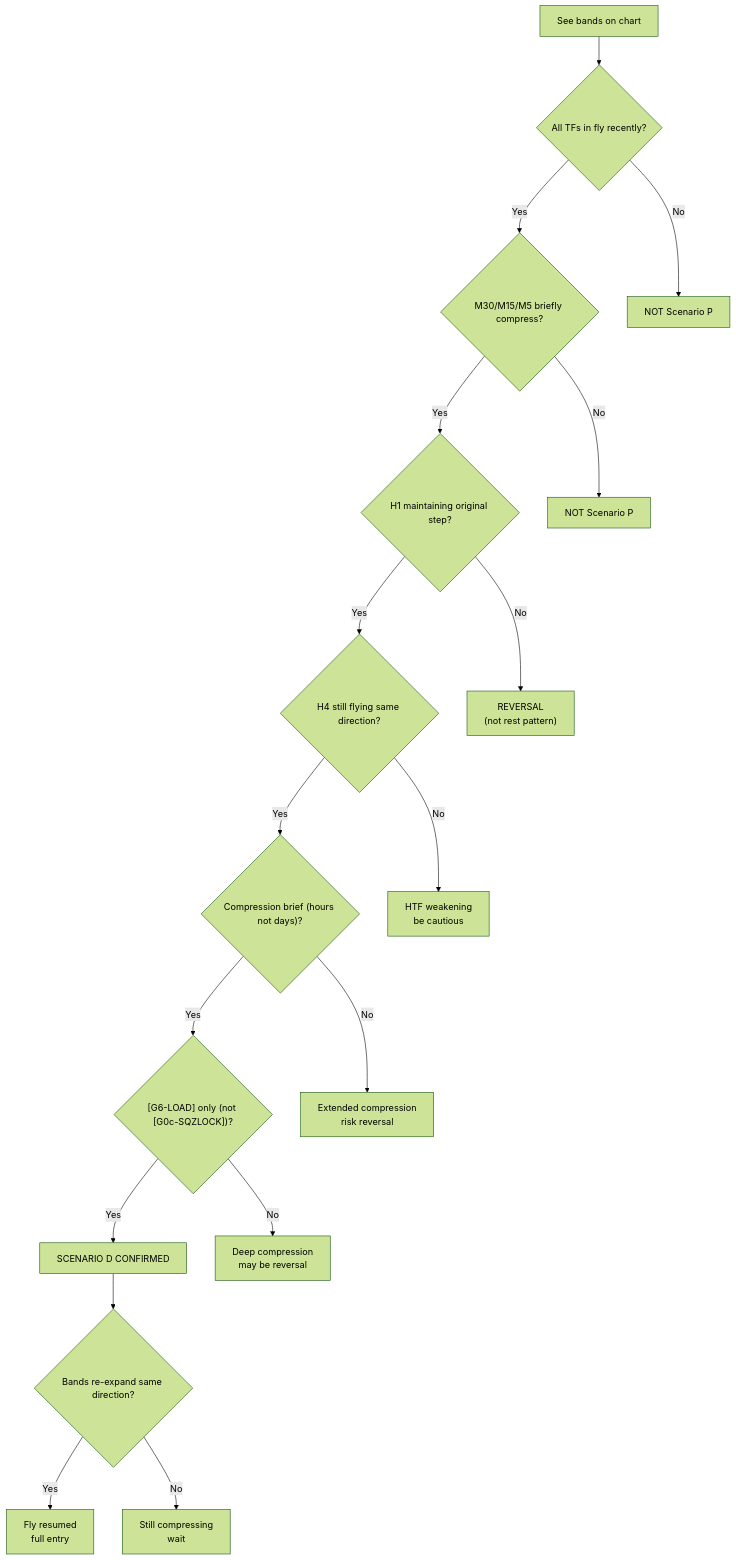
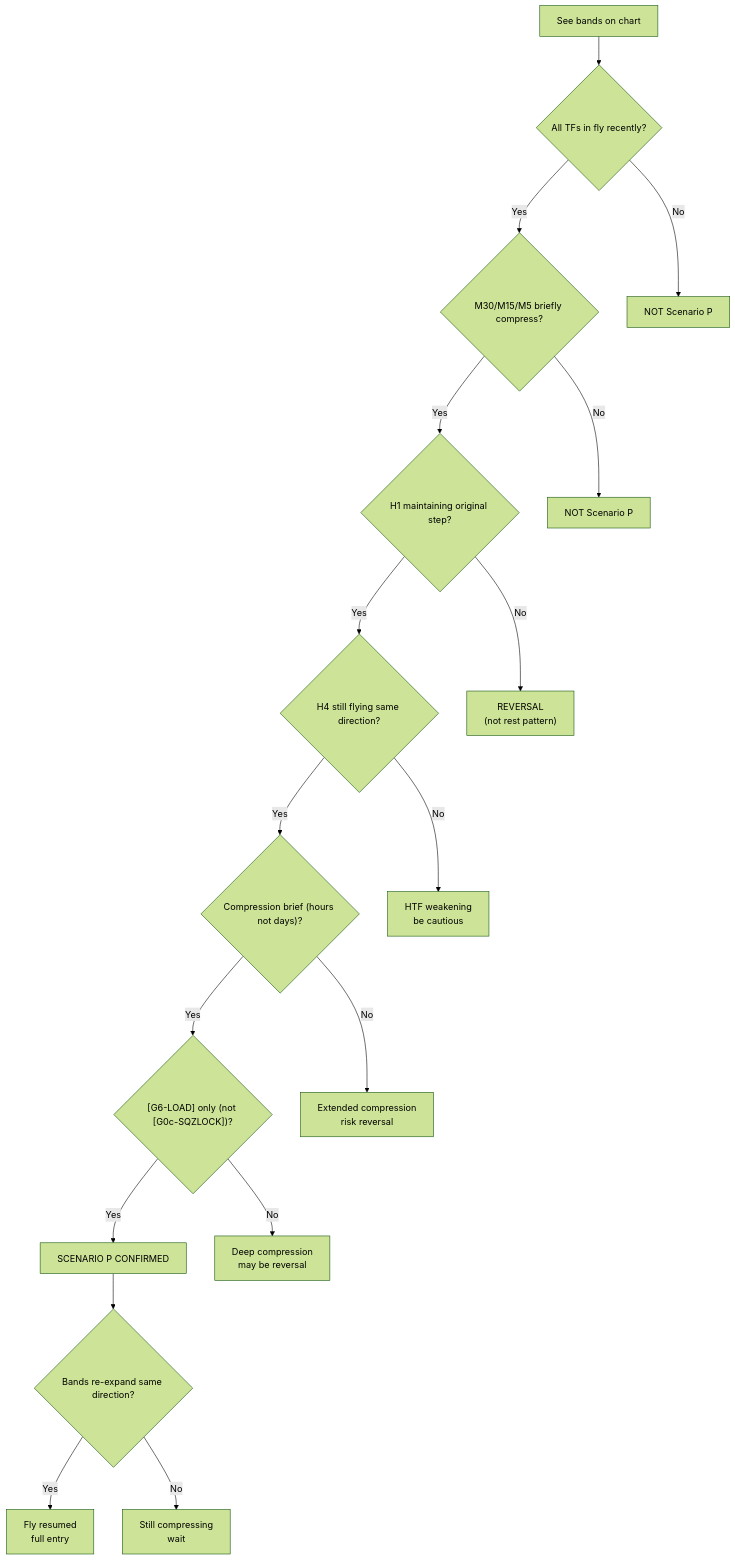
Before and after one commit to Terrypang89/BB_MTF_M15_STRATEGY: the eighth of 17 diagrams in references/backtest_chart_analysis.md, drawn with Mermaid (forest theme). The commit also changed other lines of this file, not shown here.

First line of the commit message:
Complete scenario remap in backtest_chart_analysis.md

````diff
--- a/references/backtest_chart_analysis.md
+++ b/references/backtest_chart_analysis.md
@@ -1915,19 +1915,19 @@
 ```mermaid
 flowchart TD
     A["See bands on chart"] --> B{"All TFs in fly recently?"}
     B -->|Yes| C{"M30/M15/M5 briefly compress?"}
     C -->|Yes| D{"H1 maintaining original step?"}
     D -->|Yes| E{"H4 still flying same direction?"}
     E -->|Yes| F{"Compression brief (hours not days)?"}
     F -->|Yes| G{"[G6-LOAD] only (not [G0c-SQZLOCK])?"}
-    G -->|Yes| H["SCENARIO D CONFIRMED"]
+    G -->|Yes| H["SCENARIO P CONFIRMED"]
     H --> I{"Bands re-expand same direction?"}
     I -->|Yes| J["Fly resumed\nfull entry"]
     I -->|No| K["Still compressing\nwait"]
     G -->|No| L["Deep compression\nmay be reversal"]
     F -->|No| M["Extended compression\nrisk reversal"]
     E -->|No| N["HTF weakening\nbe cautious"]
     D -->|No| O["REVERSAL\n(not rest pattern)"]
     C -->|No| P["NOT Scenario P"]
     B -->|No| Q["NOT Scenario P"]
 ```
````
